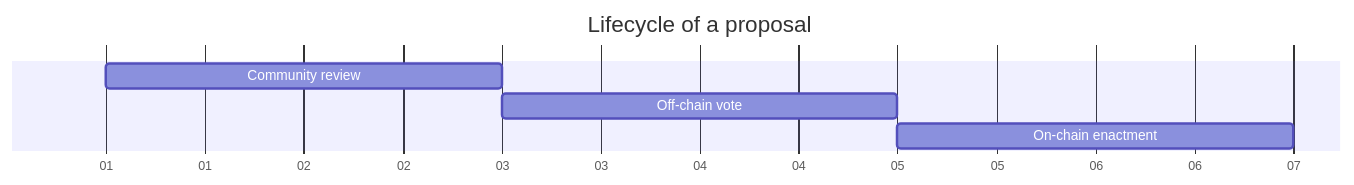
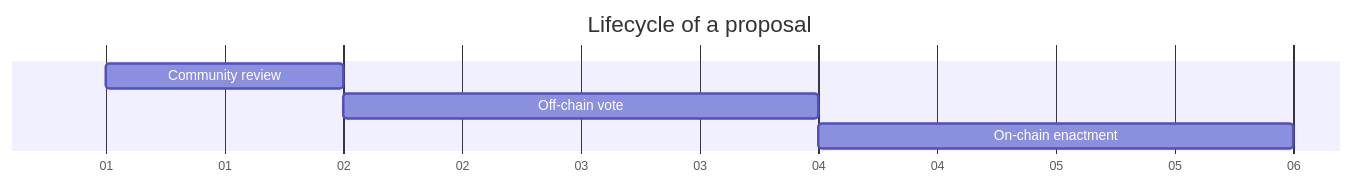
The second of 2 diagrams in legal-system/governance-process.md (nation3/docs), drawn with Mermaid before and after one commit. The commit also changed other lines of this file and 1 other file, not shown here.

Commit message:
GITBOOK-76: change request with no subject merged in GitBook

````diff
--- a/legal-system/governance-process.md
+++ b/legal-system/governance-process.md
@@ -38,10 +38,10 @@
 ```mermaid
 gantt
 dateFormat YYYY-MM-DD
 axisFormat %d
 title Lifecycle of a proposal
 
-Community review: 1, 0000-01-01, 2d
+Community review: 1, 0000-01-01, 1d
 Off-chain vote: 2, after 1, 2d
 On-chain enactment: 3, after 2, 2d
 ```
````
